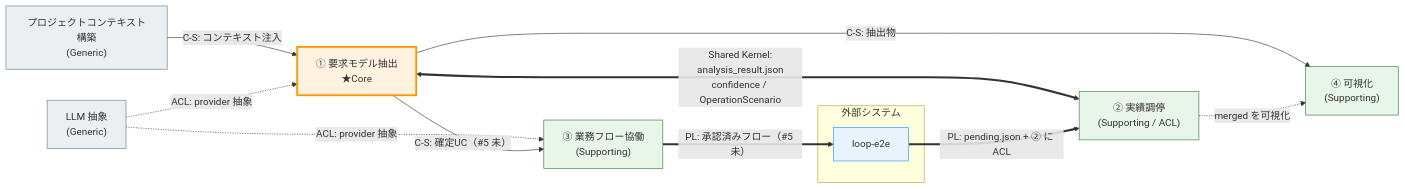
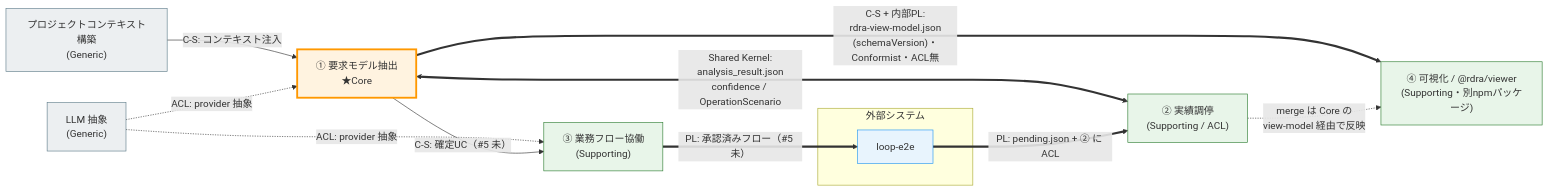
The diagram in docs/domain/context-map.md (tango238/rdra-analyzer), drawn with Mermaid before and after one commit. The commit also changed other lines of this file and 4 other files, not shown here.

First line of the commit message:
docs(ddd): formalize @rdra/viewer carve-out (discover/contexts/mapping)

````diff
--- a/docs/domain/context-map.md
+++ b/docs/domain/context-map.md
@@ -8,32 +8,32 @@
 ```mermaid
 flowchart LR
     subgraph ext["外部システム"]
         LE["loop-e2e"]
     end
 
     PC["プロジェクトコンテキスト構築<br/>(Generic)"]
     LLM["LLM 抽象<br/>(Generic)"]
     CORE["① 要求モデル抽出<br/>★Core"]
     REC["② 実績調停<br/>(Supporting / ACL)"]
     WF["③ 業務フロー協働<br/>(Supporting)"]
-    VIZ["④ 可視化<br/>(Supporting)"]
+    VIZ["④ 可視化 / @rdra/viewer<br/>(Supporting・別npmパッケージ)"]
 
     PC -->|"C-S: コンテキスト注入"| CORE
     LLM -.->|"ACL: provider 抽象"| CORE
     LLM -.->|"ACL: provider 抽象"| WF
     CORE <==>|"Shared Kernel:<br/>analysis_result.json<br/>confidence / OperationScenario"| REC
     LE ==>|"PL: pending.json + ② に ACL"| REC
     CORE -->|"C-S: 確定UC（#5 未）"| WF
     WF ==>|"PL: 承認済みフロー（#5 未）"| LE
-    CORE -->|"C-S: 抽出物"| VIZ
-    REC -.->|"merged を可視化"| VIZ
+    CORE ==>|"C-S + 内部PL:<br/>rdra-view-model.json<br/>(schemaVersion)・Conformist・ACL無"| VIZ
+    REC -.->|"merge は Core の<br/>view-model 経由で反映"| VIZ
 
     classDef core fill:#fff3e0,stroke:#FF9800,stroke-width:3px
     classDef supporting fill:#e8f5e9,stroke:#2E7D32
     classDef generic fill:#eceff1,stroke:#607D8B
     classDef external fill:#e8f4fd,stroke:#2196F3
     class CORE core
     class REC,WF,VIZ supporting
     class PC,LLM generic
     class LE external
 ```
````
